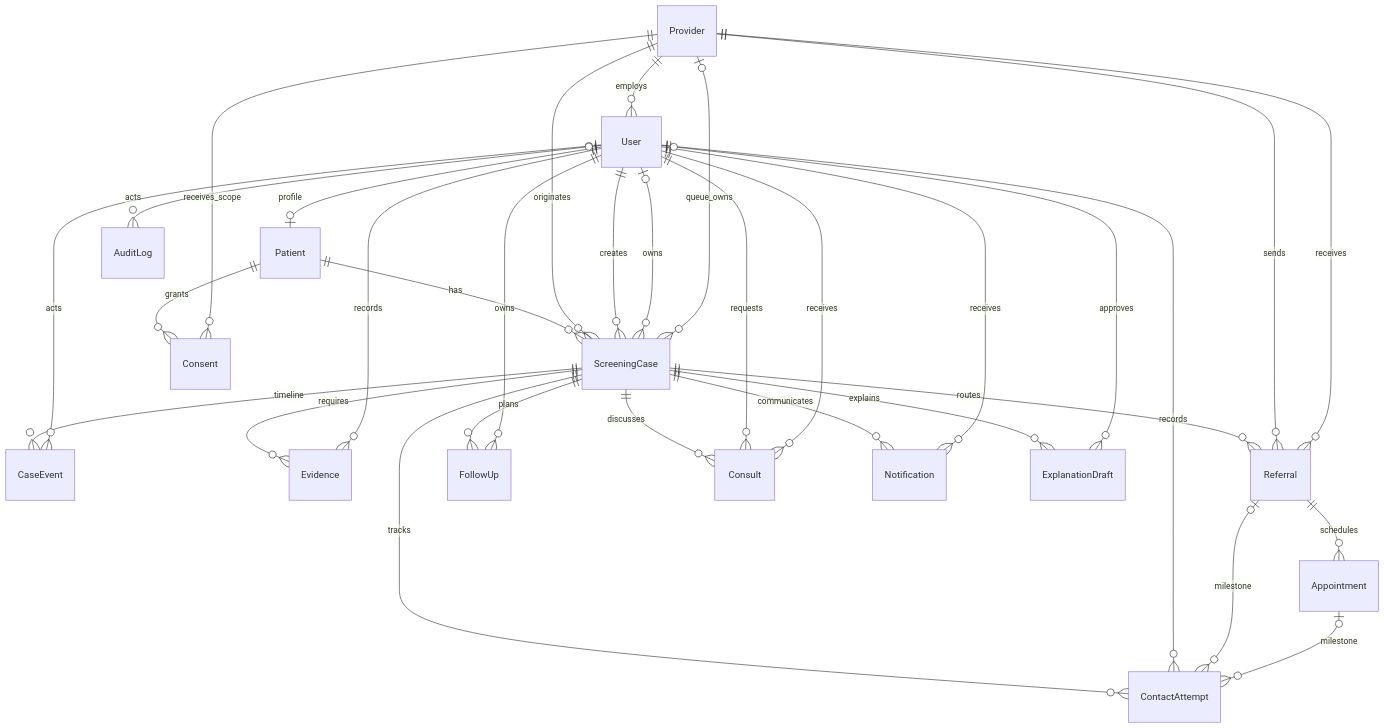
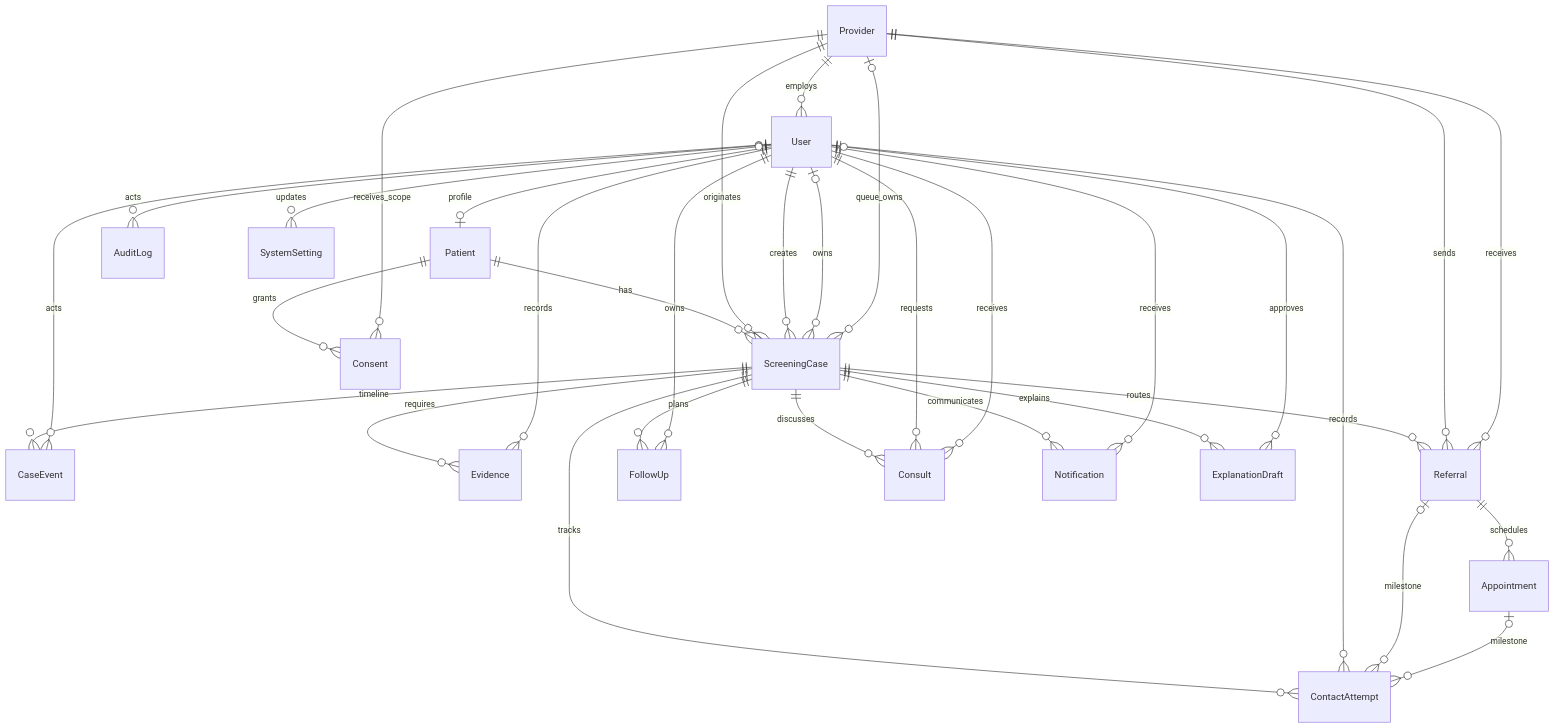
The diagram in docs/04-Database-Design.md (markandray/CareLoop), drawn with Mermaid before and after one commit. The commit also changed other lines of this file and 14 other files, not shown here.

````diff
--- a/docs/04-Database-Design.md
+++ b/docs/04-Database-Design.md
@@ -7,34 +7,35 @@
 ```mermaid
 erDiagram
     Provider ||--o{ User : employs
     User ||--o| Patient : profile
     Patient ||--o{ ScreeningCase : has
     Provider ||--o{ ScreeningCase : originates
     User ||--o{ ScreeningCase : creates
     User o|--o{ ScreeningCase : owns
     Provider o|--o{ ScreeningCase : queue_owns
     ScreeningCase ||--o{ CaseEvent : timeline
     User o|--o{ CaseEvent : acts
     ScreeningCase ||--o{ Evidence : requires
     User ||--o{ Evidence : records
     ScreeningCase ||--o{ Referral : routes
     Provider ||--o{ Referral : sends
     Provider ||--o{ Referral : receives
     Referral ||--o{ Appointment : schedules
     ScreeningCase ||--o{ ContactAttempt : tracks
     User ||--o{ ContactAttempt : records
     Referral o|--o{ ContactAttempt : milestone
     Appointment o|--o{ ContactAttempt : milestone
     ScreeningCase ||--o{ FollowUp : plans
     User ||--o{ FollowUp : owns
     ScreeningCase ||--o{ Consult : discusses
     User ||--o{ Consult : requests
     User ||--o{ Consult : receives
     ScreeningCase ||--o{ Notification : communicates
     User ||--o{ Notification : receives
     ScreeningCase ||--o{ ExplanationDraft : explains
     User o|--o{ ExplanationDraft : approves
     Patient ||--o{ Consent : grants
     Provider ||--o{ Consent : receives_scope
     User o|--o{ AuditLog : acts
+    User o|--o{ SystemSetting : updates
 ```
````
